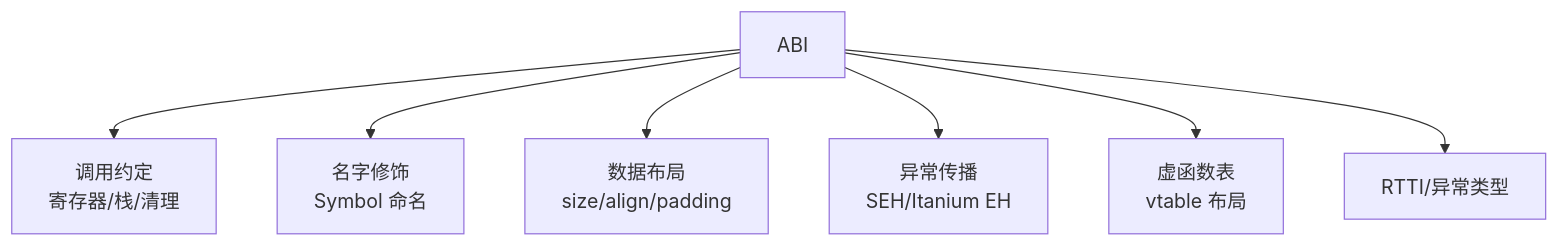
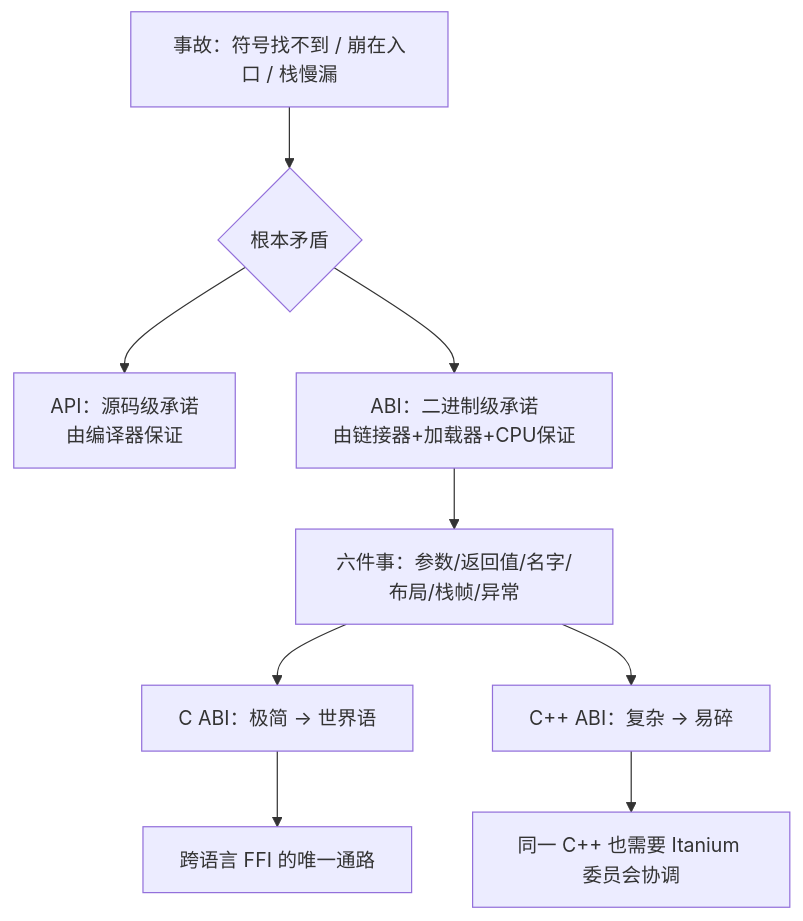
One commit to chongyang211/YCBookBlog changed the first of 4 diagrams in packages/website/07.内功/07.编译与链接/04.ABI与调用约定.md. Above: the diagram before and after it, drawn with Mermaid. The commit also changed other lines of this file and 3 other files, not shown here.

````diff
--- a/packages/website/07.内功/07.编译与链接/04.ABI与调用约定.md
+++ b/packages/website/07.内功/07.编译与链接/04.ABI与调用约定.md
@@ -92,9 +159,11 @@
 ```mermaid
-flowchart TB
-    A[ABI] --> B1[调用约定<br/>寄存器/栈/清理]
-    A --> B2[名字修饰<br/>Symbol 命名]
-    A --> B3[数据布局<br/>size/align/padding]
-    A --> B4[异常传播<br/>SEH/Itanium EH]
-    A --> B5[虚函数表<br/>vtable 布局]
-    A --> B6[RTTI/异常类型]
+graph TD
+    A[事故：符号找不到 / 崩在入口 / 栈慢漏] --> B{根本矛盾}
+    B --> C[API：源码级承诺<br/>由编译器保证]
+    B --> D[ABI：二进制级承诺<br/>由链接器+加载器+CPU保证]
+    D --> E[六件事：参数/返回值/名字/布局/栈帧/异常]
+    E --> F[C ABI：极简 → 世界语]
+    E --> G[C++ ABI：复杂 → 易碎]
+    F --> H[跨语言 FFI 的唯一通路]
+    G --> I[同一 C++ 也需要 Itanium 委员会协调]
 ```
````
